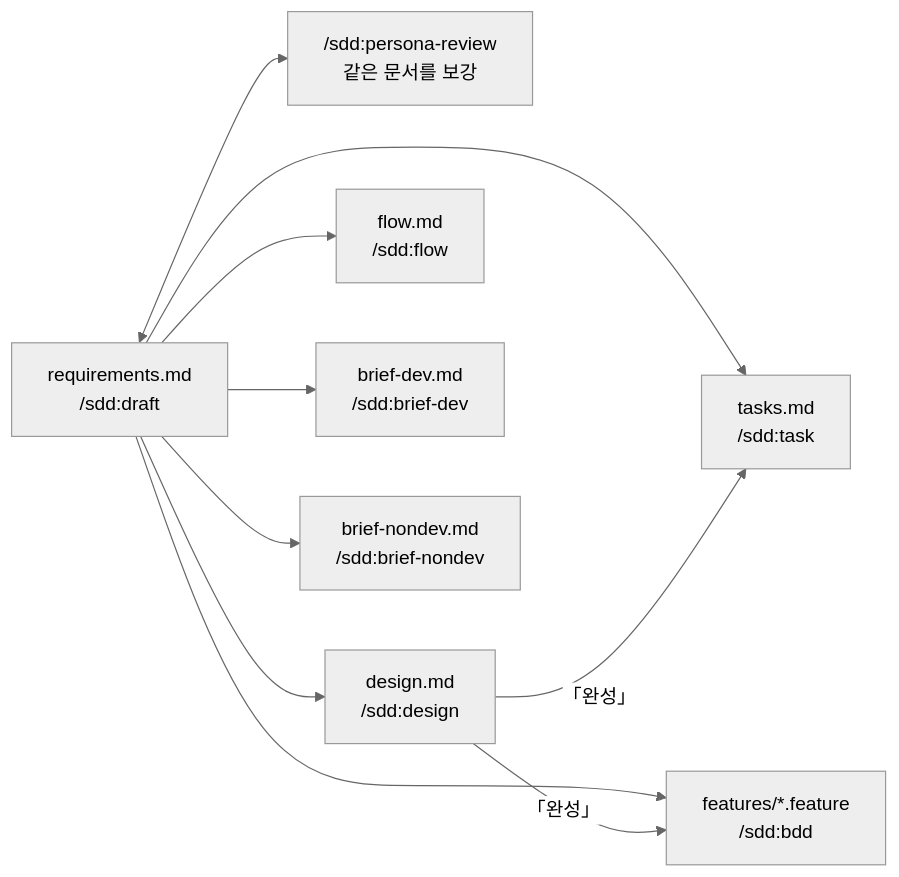
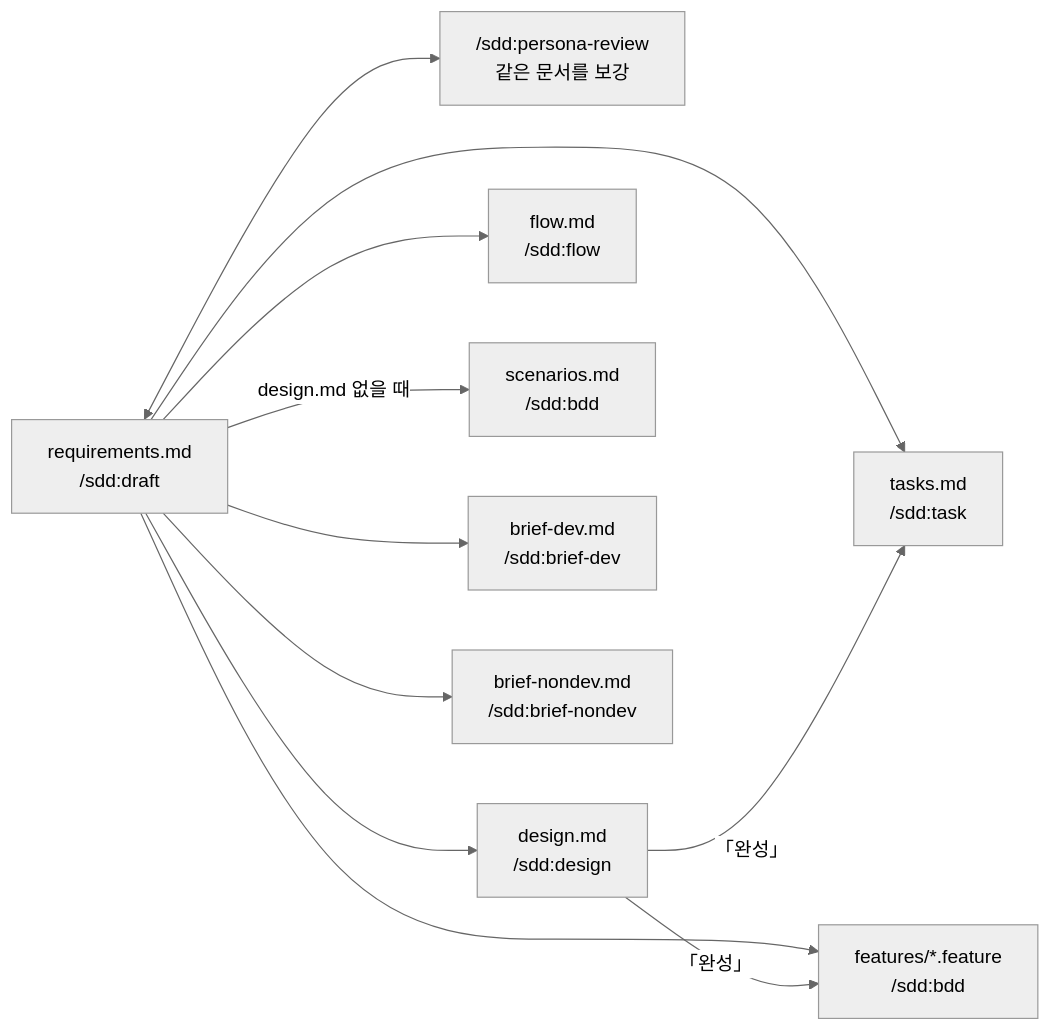
The diagram in plugins/sdd/OUTPUT.md (dorage/product-skills), drawn with Mermaid (neutral theme) before and after one commit. The commit also changed other lines of this file and 3 other files, not shown here.

Commit message:
docs(sdd):bdd 두 경로를 흐름 문서에 알리려고 0.9.0 갱신

````diff
--- a/plugins/sdd/OUTPUT.md
+++ b/plugins/sdd/OUTPUT.md
@@ -27,20 +28,22 @@
 ```mermaid
 flowchart LR
     req["requirements.md<br/>/sdd:draft"]
     rev["/sdd:persona-review<br/>같은 문서를 보강"]
     des["design.md<br/>/sdd:design"]
     flw["flow.md<br/>/sdd:flow"]
     tsk["tasks.md<br/>/sdd:task"]
     fea["features/*.feature<br/>/sdd:bdd"]
+    scn["scenarios.md<br/>/sdd:bdd"]
     bdev["brief-dev.md<br/>/sdd:brief-dev"]
     bnon["brief-nondev.md<br/>/sdd:brief-nondev"]
     req <--> rev
     req --> des
     req --> flw
     req --> tsk
     req --> fea
+    req -- design.md 없을 때 --> scn
     req --> bdev
     req --> bnon
     des -- 「완성」 --> tsk
     des -- 「완성」 --> fea
 ```
````
